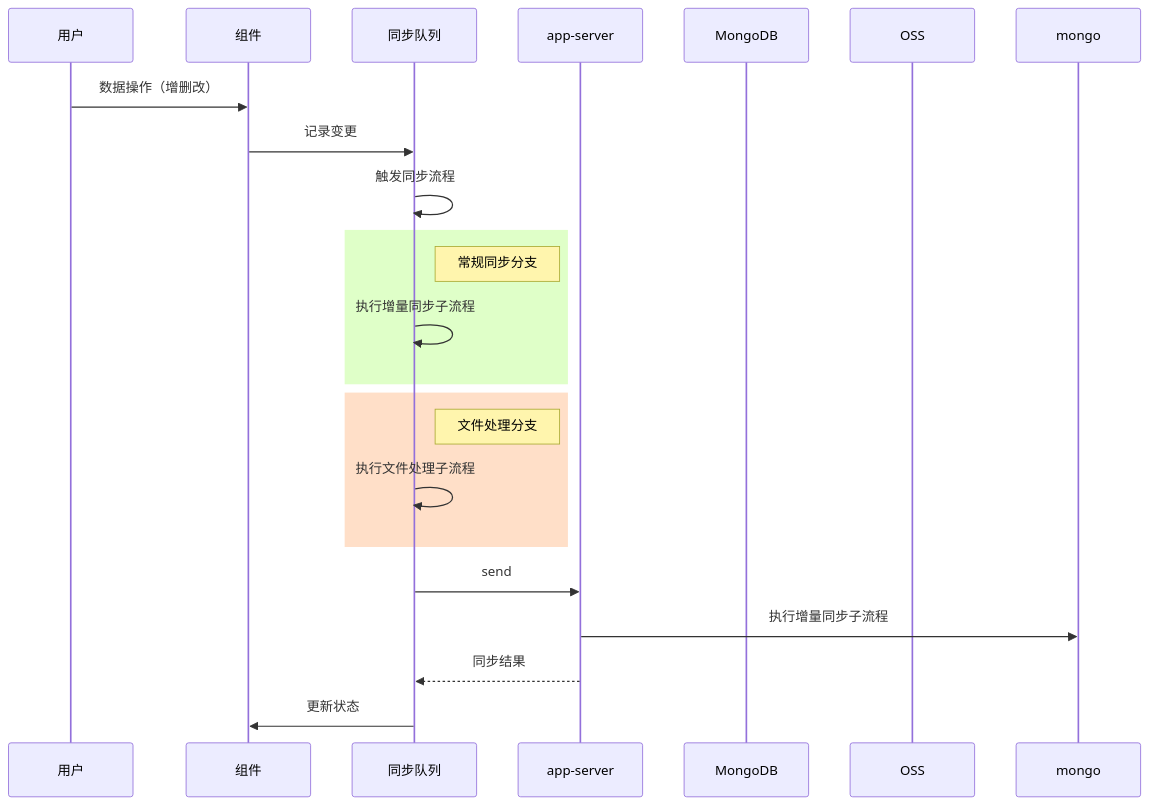
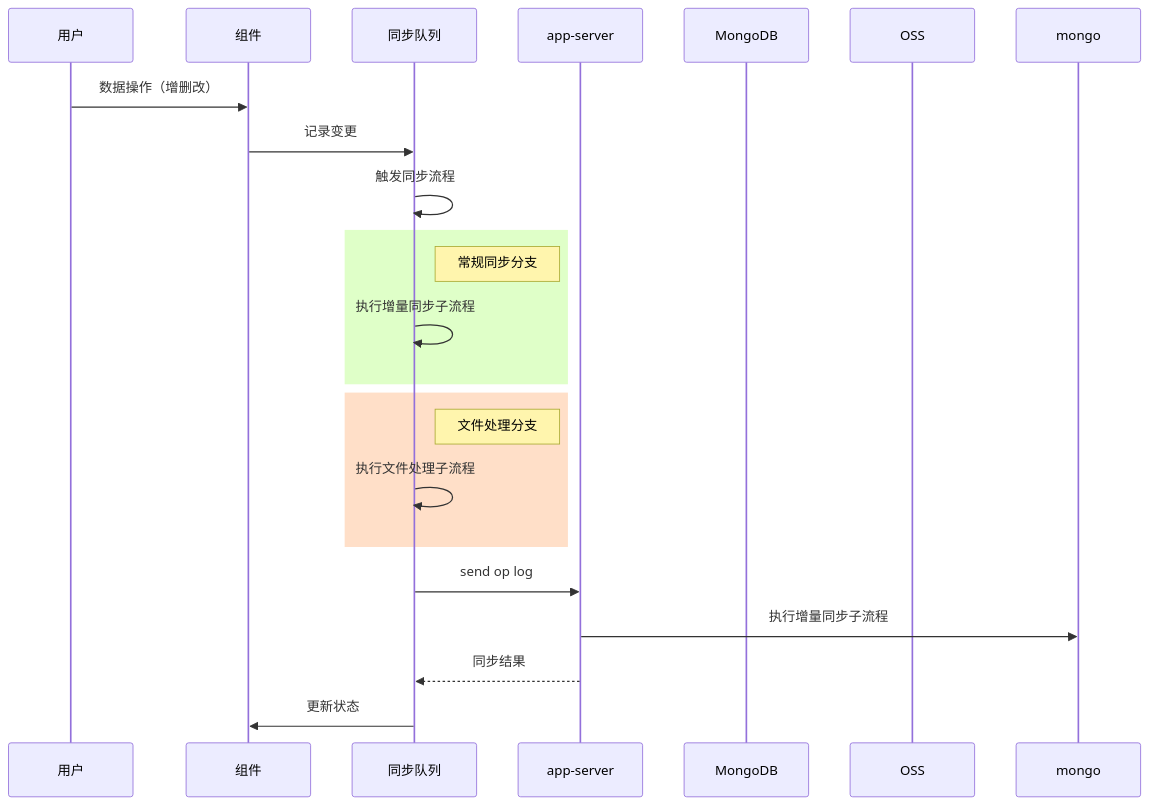
Before and after one commit to yingjianzh/iodraw-files: the diagram in all/未命名-24.md, drawn with Mermaid.

Commit message:
2025-02-24 16:21:26 update

````diff
--- a/all/未命名-24.md
+++ b/all/未命名-24.md
@@ -1,33 +1,33 @@
 ```mermaid
 
 sequenceDiagram
     participant 用户
     participant 组件
     participant 同步队列
     participant app-server
     participant MongoDB
     participant OSS
 
 
     用户->>组件: 数据操作（增删改）
     组件->>同步队列: 记录变更
     同步队列->>同步队列: 触发同步流程
 
 
     rect rgb(223,255,200)
     Note right of 同步队列: 常规同步分支
     同步队列->>同步队列: 执行增量同步子流程
     end
 
     rect rgb(255,223,200)
     Note right of 同步队列: 文件处理分支
     同步队列->>同步队列: 执行文件处理子流程
     end
     
-    同步队列->>app-server: send 
+    同步队列->>app-server: send op log
     app-server->>mongo: 执行增量同步子流程
 
     app-server-->>同步队列: 同步结果
     同步队列->>组件: 更新状态
 
 ```
````
